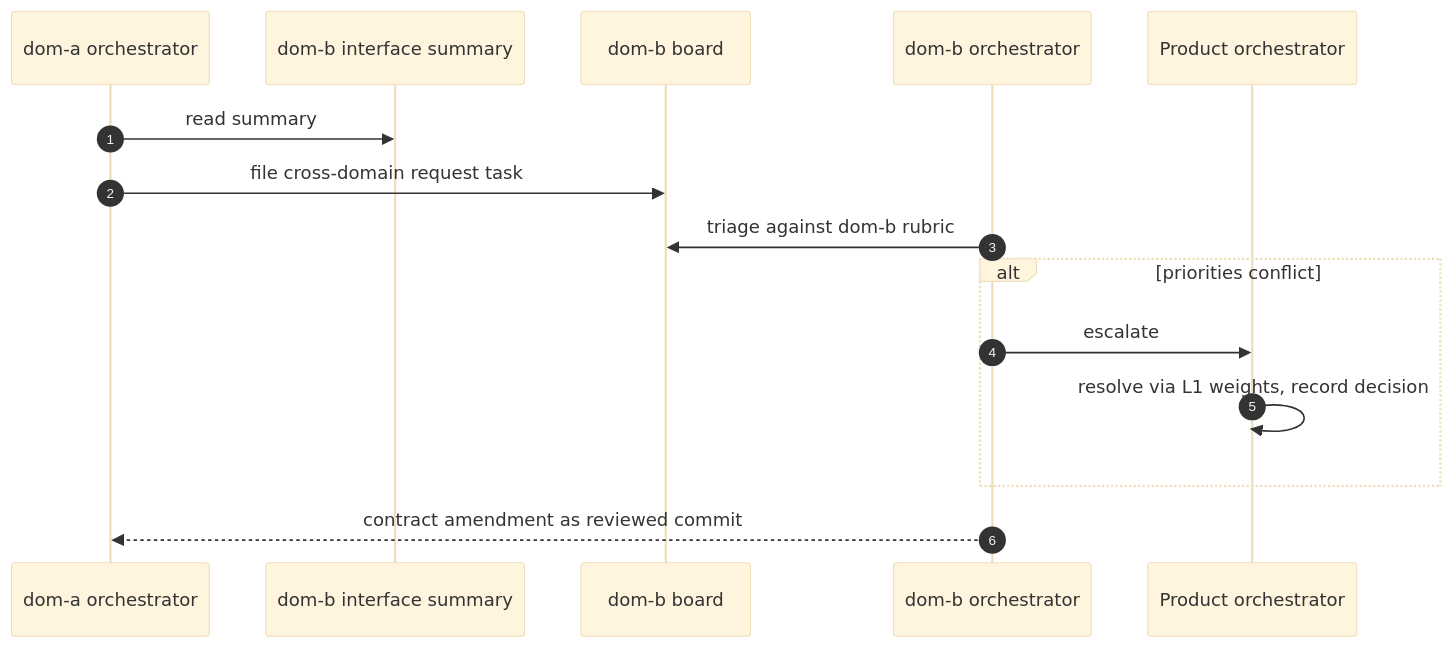
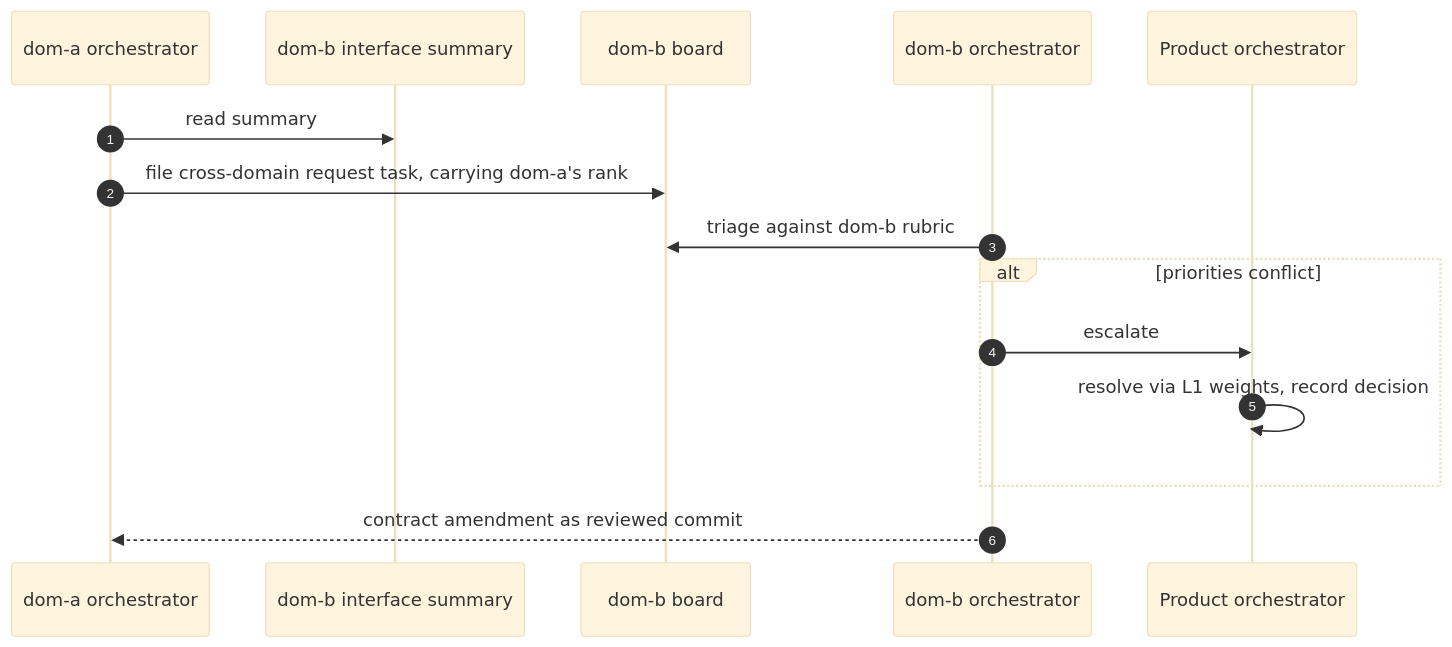
Before and after one commit to apache/tooling-memory: the ninth of 14 diagrams in docs/durable-memory-for-disposable-agents.md, drawn with Mermaid (base theme). The commit also changed other lines of this file and 1 other file, not shown here.

````diff
--- a/docs/durable-memory-for-disposable-agents.md
+++ b/docs/durable-memory-for-disposable-agents.md
@@ -557,18 +587,18 @@
 ```mermaid
 sequenceDiagram
     autonumber
     participant PO as dom-a orchestrator
     participant IS as dom-b interface summary
     participant LB as dom-b board
     participant LO as dom-b orchestrator
     participant PF as Product orchestrator
 
     PO->>IS: read summary
-    PO->>LB: file cross-domain request task
+    PO->>LB: file cross-domain request task, carrying dom-a's rank
     LO->>LB: triage against dom-b rubric
     alt priorities conflict
         LO->>PF: escalate
         PF->>PF: resolve via L1 weights, record decision
     end
     LO-->>PO: contract amendment as reviewed commit
 ```
````
